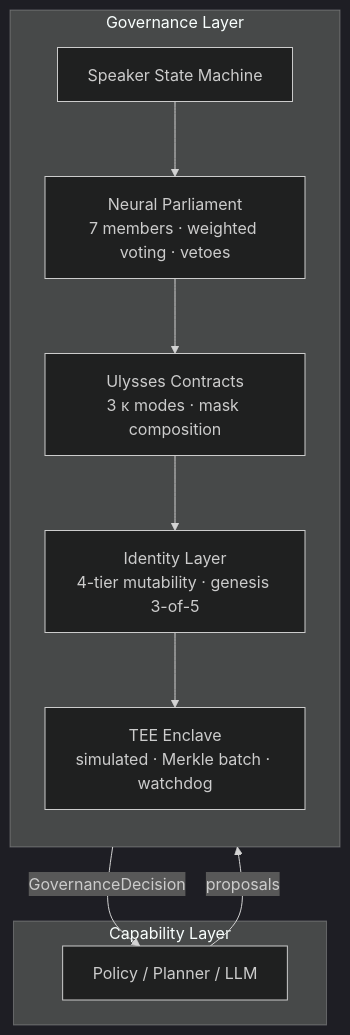
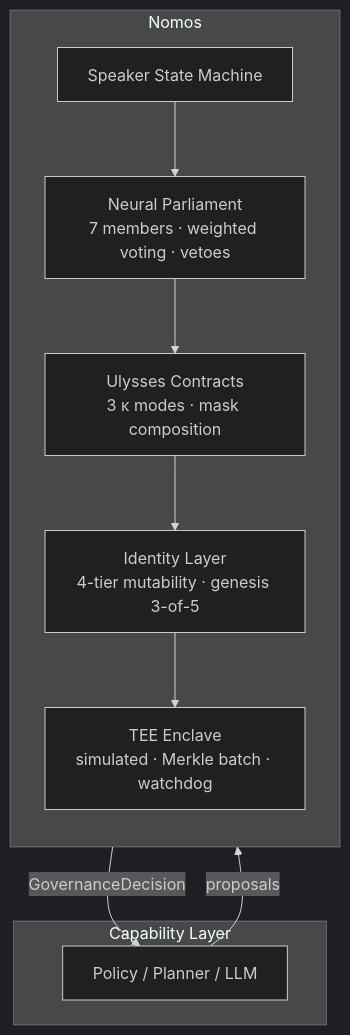
Before and after one commit to Nomos-N4s/nomos: the diagram in README.md, drawn with Mermaid (dark theme). The commit also changed other lines of this file and 20 other files, not shown here.

First line of the commit message:
docs: brand pass governance layer -> Nomos (brand slice 2)

````diff
--- a/README.md
+++ b/README.md
@@ -33,20 +33,20 @@
 ```mermaid
 flowchart TB
     subgraph Agent["Capability Layer"]
         A["Policy / Planner / LLM"]
     end
-    subgraph Governance["Governance Layer"]
+    subgraph Nomos["Nomos"]
         direction TB
         S["Speaker State Machine"]
         NP["Neural Parliament<br/>7 members · weighted voting · vetoes"]
         UC["Ulysses Contracts<br/>3 κ modes · mask composition"]
         IL["Identity Layer<br/>4-tier mutability · genesis 3-of-5"]
         TEE["TEE Enclave<br/>simulated · Merkle batch · watchdog"]
         S --> NP
         NP --> UC
         UC --> IL
         IL --> TEE
     end
     A -- "proposals" --> S
     S -- "GovernanceDecision" --> A
 ```
````
